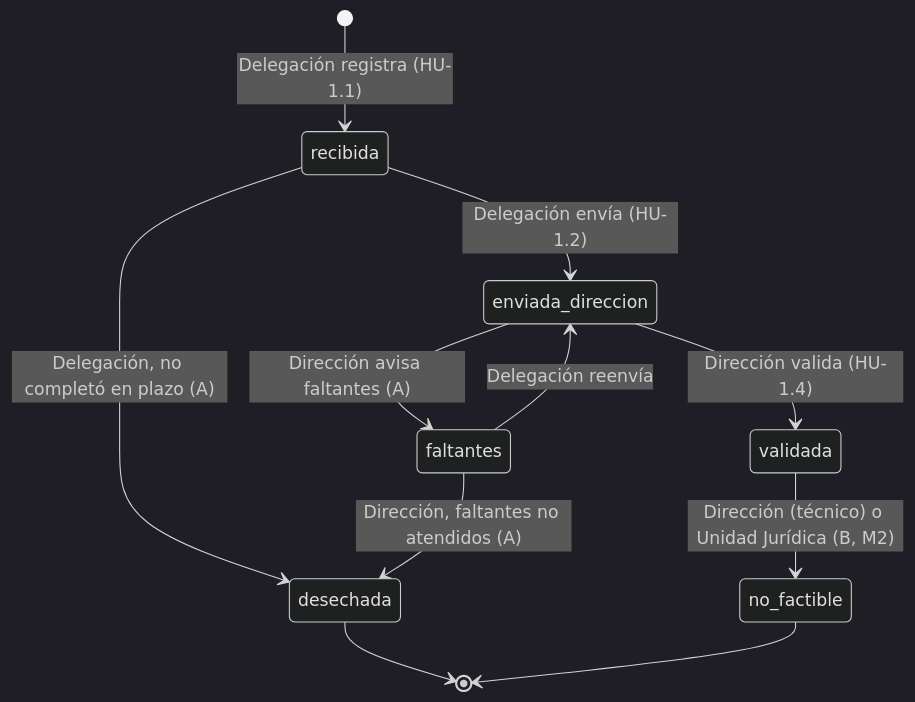
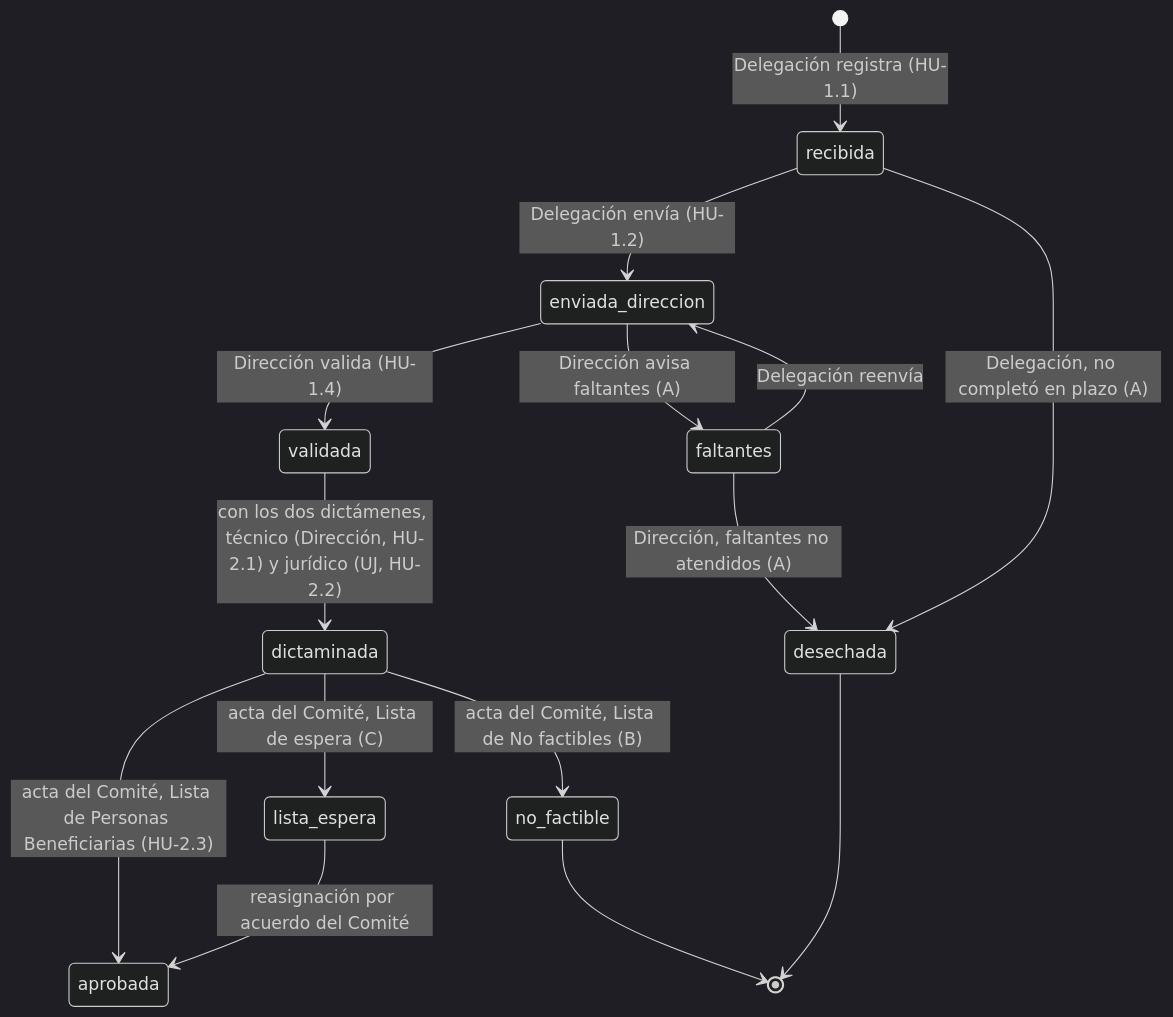
One commit to Zavjosh05/FEPI changed the diagram in sistema/README.md. Above: the diagram before and after it, drawn with Mermaid (dark theme). The commit also changed other lines of this file and 69 other files, not shown here.

First line of the commit message:
Base del módulo de dictamen y Comité, y ajustes a recepción

````diff
--- a/sistema/README.md
+++ b/sistema/README.md
@@ -106,13 +123,17 @@
 ```mermaid
 stateDiagram-v2
     [*] --> recibida: Delegación registra (HU-1.1)
     recibida --> enviada_direccion: Delegación envía (HU-1.2)
     recibida --> desechada: Delegación, no completó en plazo (A)
     enviada_direccion --> validada: Dirección valida (HU-1.4)
     enviada_direccion --> faltantes: Dirección avisa faltantes (A)
     faltantes --> enviada_direccion: Delegación reenvía
     faltantes --> desechada: Dirección, faltantes no atendidos (A)
-    validada --> no_factible: Dirección (técnico) o Unidad Jurídica (B, M2)
+    validada --> dictaminada: con los dos dictámenes, técnico (Dirección, HU-2.1) y jurídico (UJ, HU-2.2)
+    dictaminada --> aprobada: acta del Comité, Lista de Personas Beneficiarias (HU-2.3)
+    dictaminada --> lista_espera: acta del Comité, Lista de espera (C)
+    dictaminada --> no_factible: acta del Comité, Lista de No factibles (B)
+    lista_espera --> aprobada: reasignación por acuerdo del Comité
     desechada --> [*]
     no_factible --> [*]
 ```
````
